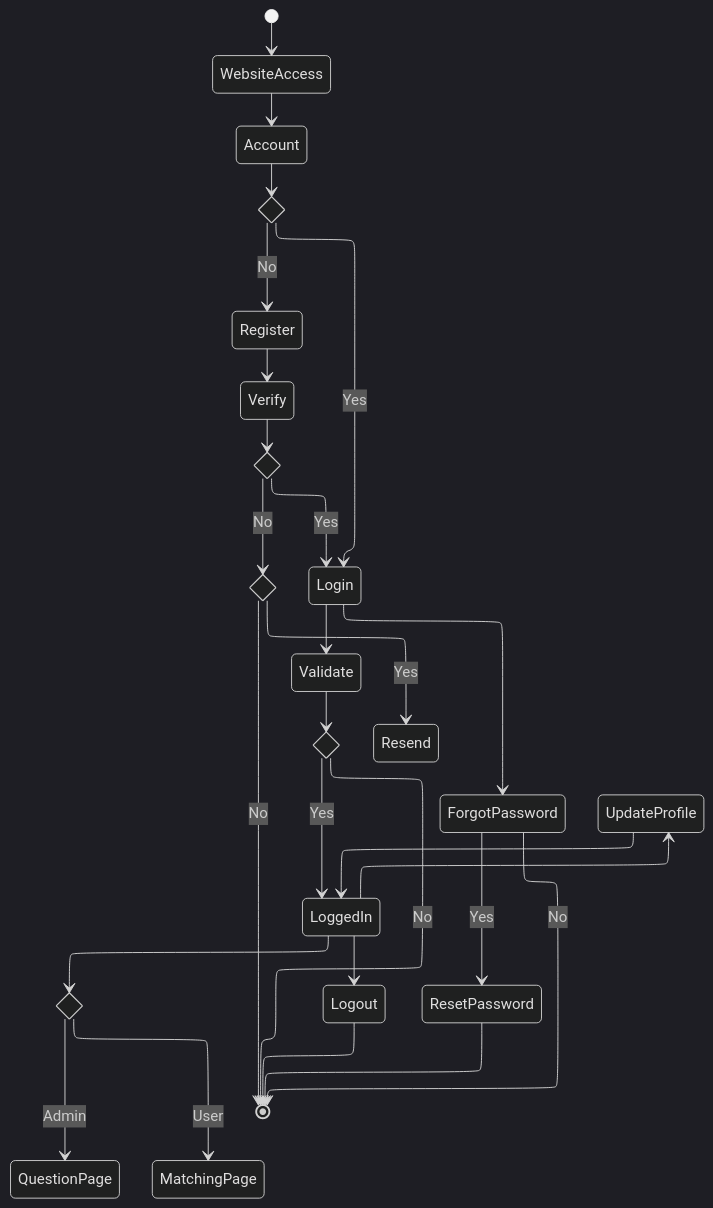
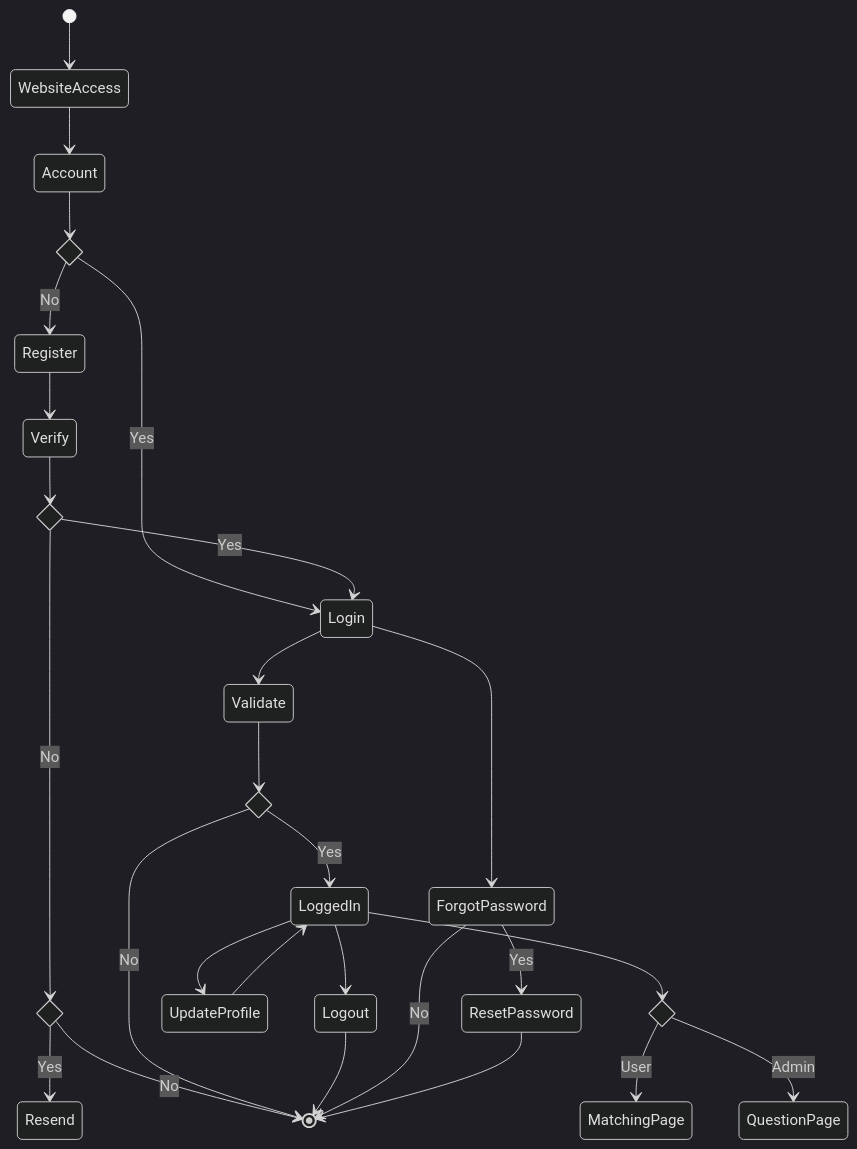
One commit to CS3219-AY2526Sem1/cs3219-ay2526s1-project-g13 changed the third of 3 diagrams in backend/user-service/README.md. Above: the diagram before and after it, drawn with Mermaid (dark theme). The commit also changed other lines of this file, not shown here.

Commit message:
Fix activity diagram syntax error

````diff
--- a/backend/user-service/README.md
+++ b/backend/user-service/README.md
@@ -285,39 +285,35 @@
 ```mermaid
----
-config:
-  layout: elk
----
 stateDiagram
   direction TB
   state AccountChoice <<choice>>
   state VerifyChoice <<choice>>
   state ValidInput <<choice>>
   state UserRole <<choice>>
   state VerifyExpired <<choice>>
   [*] --> WebsiteAccess
   WebsiteAccess --> Account
   Login --> ForgotPassword
   Account --> AccountChoice
   AccountChoice --> Login:Yes
   AccountChoice --> Register:No
   Register --> Verify
   Verify --> VerifyChoice
   VerifyChoice --> Login:Yes
   VerifyChoice --> VerifyExpired:No
   VerifyExpired --> Resend:Yes
   VerifyExpired --> [*]:No
   ValidInput --> LoggedIn:Yes
   ValidInput --> [*]:No
   Login --> Validate
   Validate --> ValidInput
   UserRole --> QuestionPage:Admin
   UserRole --> MatchingPage:User
   LoggedIn --> UserRole
   LoggedIn --> UpdateProfile
   UpdateProfile --> LoggedIn
   LoggedIn --> Logout
   Logout --> [*]
   ForgotPassword --> ResetPassword:Yes
   ForgotPassword --> [*]:No
   ResetPassword --> [*]
 ```
````
